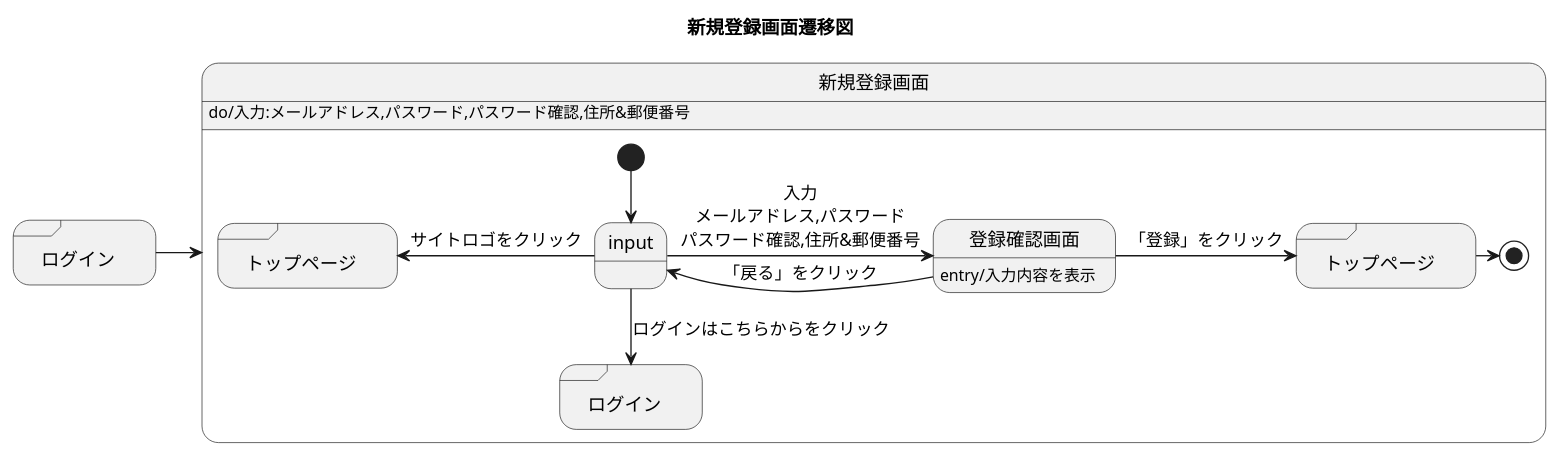
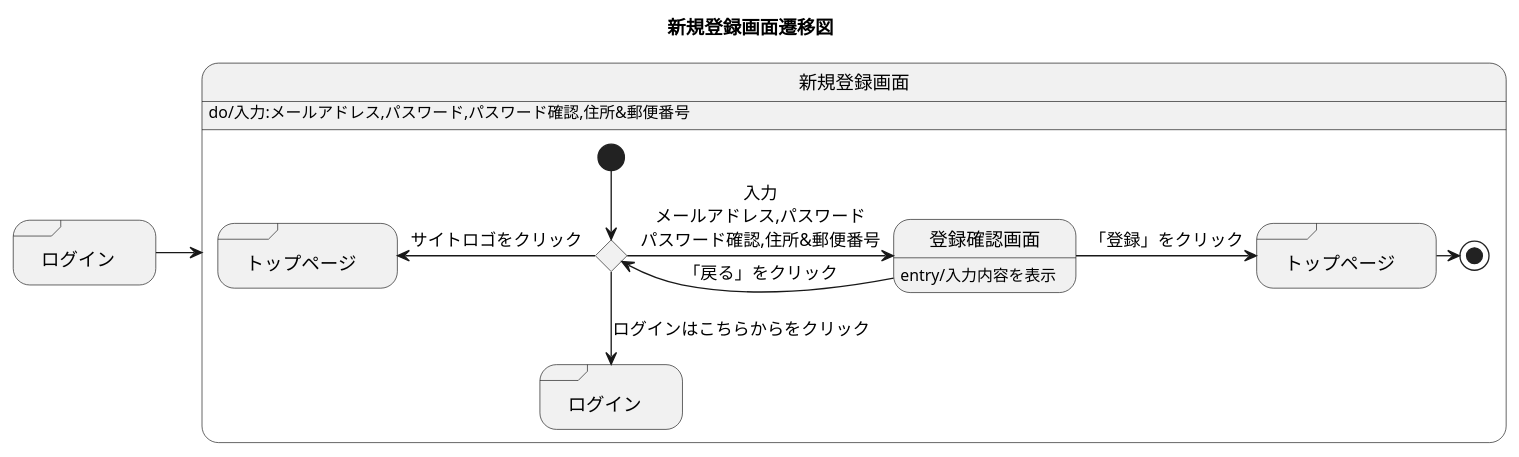
Before and after one commit to akutori/T-D-E: the diagram in 新規登録画面.md, drawn with PlantUML.

Commit message:
誤字の修正

````diff
--- a/新規登録画面.md
+++ b/新規登録画面.md
@@ -1,23 +1,23 @@
 ```uml
 @startuml
 title 新規登録画面遷移図
 state 新規登録画面 : do/入力:メールアドレス,パスワード,パスワード確認,住所&郵便番号
 state "ログイン" as rogin1<<sdlreceive>>
 rogin1 -> 新規登録画面
 state 新規登録画面{
     state "トップページ" as main<<sdlreceive>>
     state "トップページ" as main1<<sdlreceive>>
     state "ログイン" as rogin<<sdlreceive>>
-    state input <<choise>>
+    state input <<choice>>
     state 登録確認画面:entry/入力内容を表示
     [*]-->input
     input-left->main : サイトロゴをクリック
     input->登録確認画面 : 入力\nメールアドレス,パスワード\nパスワード確認,住所&郵便番号
     登録確認画面-> main1 : 「登録」をクリック
     登録確認画面->input : 「戻る」をクリック
     main1 -> [*]
 
     input--> rogin : ログインはこちらからをクリック   
 }
 @enduml
 ```
````
